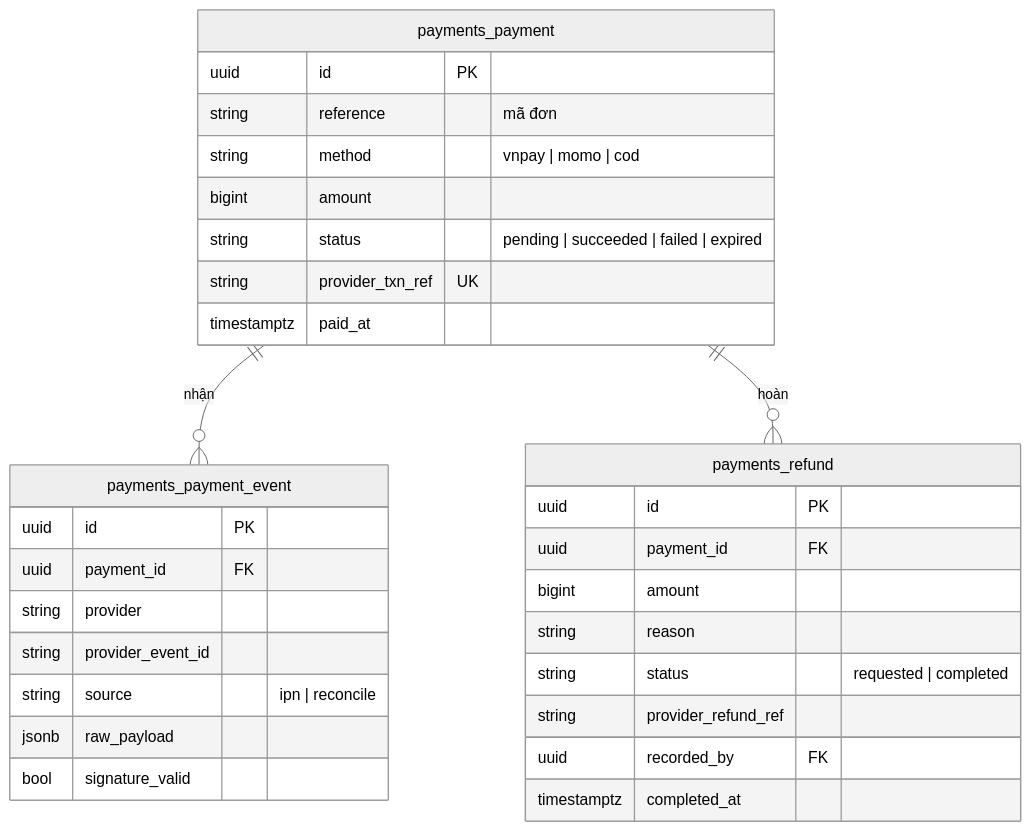
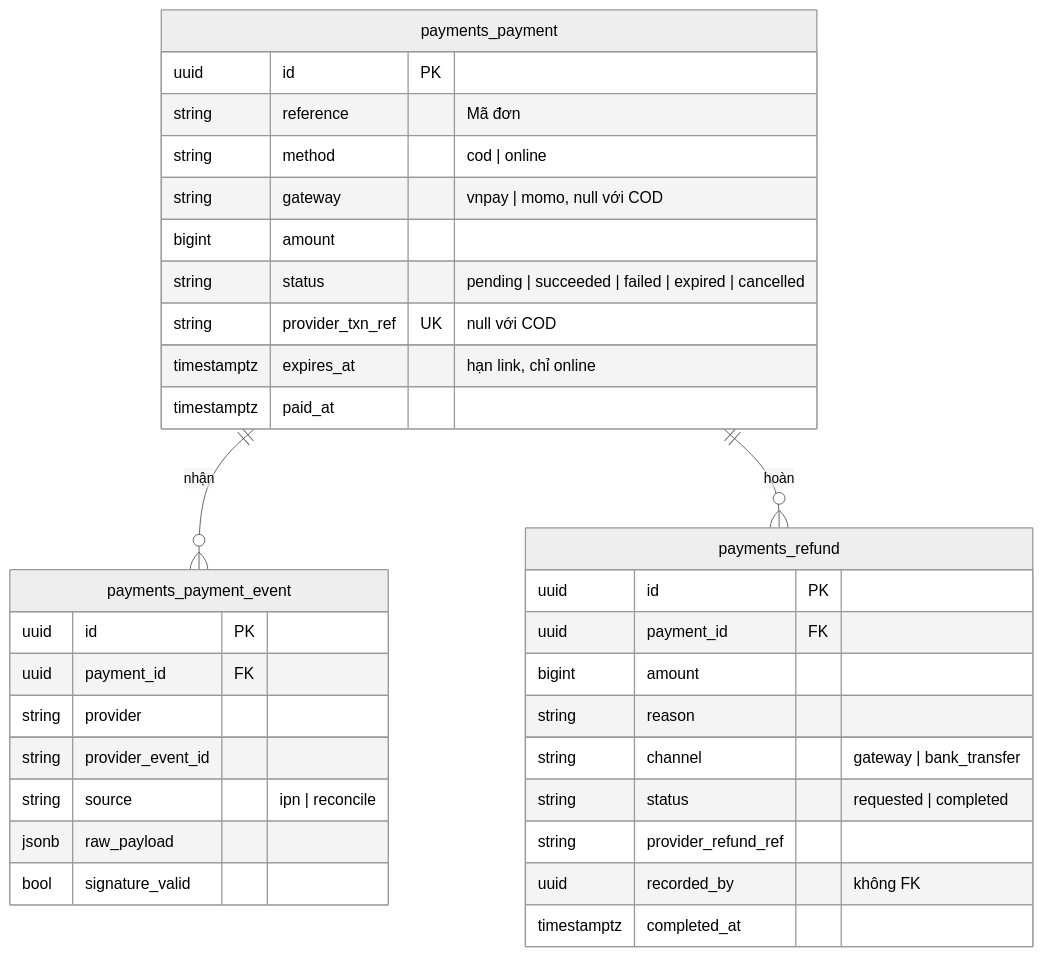
Before and after one commit to LuongCongThanh/boilerplate-ecommerce-next-16: the sixth of 9 diagrams in docs/architecture/03-data-model.md, drawn with Mermaid (neutral theme). The commit also changed other lines of this file and 21 other files, not shown here.

First line of the commit message:
docs: resolve architecture review findings

````diff
--- a/docs/architecture/03-data-model.md
+++ b/docs/architecture/03-data-model.md
@@ -246,33 +265,36 @@
 ```mermaid
 erDiagram
     payments_payment ||--o{ payments_payment_event : "nhận"
     payments_payment ||--o{ payments_refund : "hoàn"
     payments_payment {
         uuid id PK
-        string reference "mã đơn"
-        string method "vnpay | momo | cod"
+        string reference "Mã đơn"
+        string method "cod | online"
+        string gateway "vnpay | momo, null với COD"
         bigint amount
-        string status "pending | succeeded | failed | expired"
-        string provider_txn_ref UK
+        string status "pending | succeeded | failed | expired | cancelled"
+        string provider_txn_ref UK "null với COD"
+        timestamptz expires_at "hạn link, chỉ online"
         timestamptz paid_at
     }
     payments_payment_event {
         uuid id PK
         uuid payment_id FK
         string provider
         string provider_event_id
         string source "ipn | reconcile"
         jsonb raw_payload
         bool signature_valid
     }
     payments_refund {
         uuid id PK
         uuid payment_id FK
         bigint amount
         string reason
+        string channel "gateway | bank_transfer"
         string status "requested | completed"
         string provider_refund_ref
-        uuid recorded_by FK
+        uuid recorded_by "không FK"
         timestamptz completed_at
     }
 ```
````
